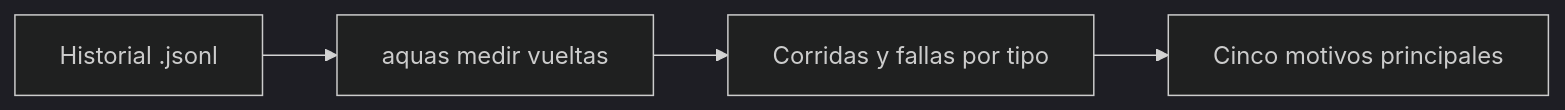
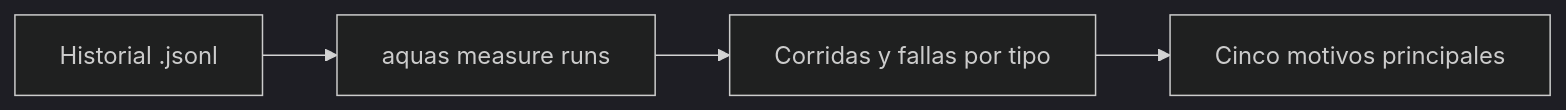
One commit to jliberal-aquas/aquas-central-harness-government changed the first of 2 diagrams in docs/E000/F004/README.md. Above: the diagram before and after it, drawn with Mermaid (dark theme). The commit also changed other lines of this file and 184 other files, not shown here.

````diff
--- a/docs/E000/F004/README.md
+++ b/docs/E000/F004/README.md
@@ -28,6 +28,6 @@
 ```mermaid
 flowchart LR
-    H["Historial .jsonl"] --> M["aquas medir vueltas"]
+    H["Historial .jsonl"] --> M["aquas measure runs"]
     M --> C["Corridas y fallas por tipo"]
     C --> T["Cinco motivos principales"]
 ```
````
